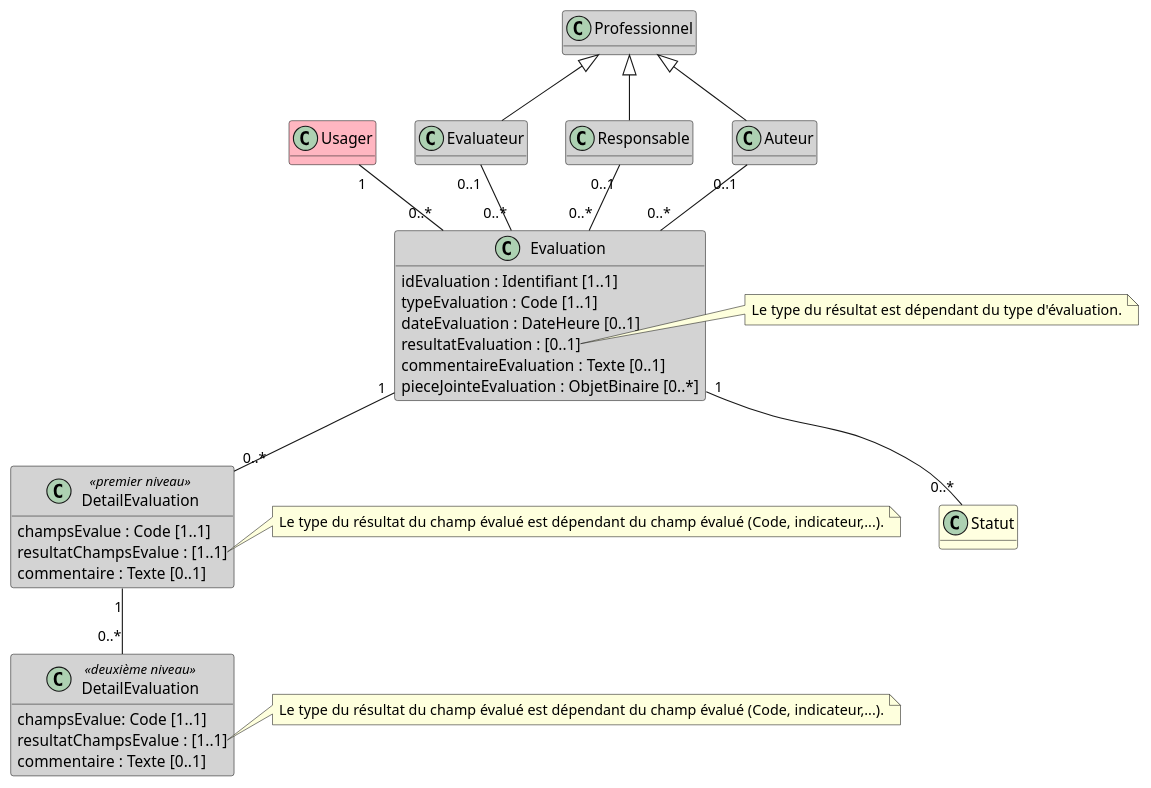
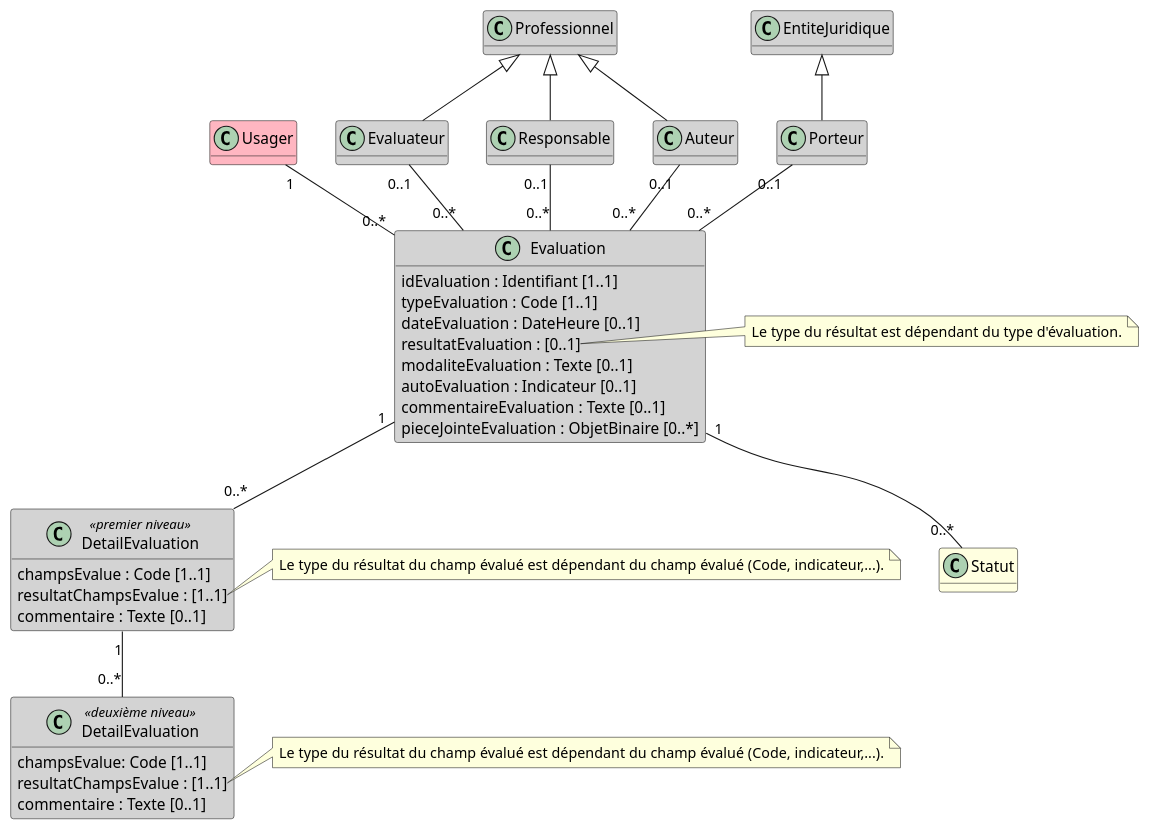
The diagram in input/images-source/bloc_evaluation-grille.plantuml (ansforge/IG-fhir-medicosocial-transfert-donnees-dui), drawn with PlantUML before and after one commit. The commit also changed 1 other file, not shown here.

Commit message:
lot2 serafin evaluation

```diff
--- a/input/images-source/bloc_evaluation-grille.plantuml
+++ b/input/images-source/bloc_evaluation-grille.plantuml
@@ -1,62 +1,73 @@
 @startuml
 
 hide empty methods
 
 class Usager #LightPink
 
 class Evaluateur #LightGray
 
 class Responsable #LightGray
 
 class Auteur #LightGray
 
+class Porteur #LightGray
+
 class Professionnel #LightGray
+
+class EntiteJuridique #LightGray
 
 class Statut #LightYellow
 
 class Evaluation #LightGray {
     idEvaluation : Identifiant [1..1]
     typeEvaluation : Code [1..1]
     dateEvaluation : DateHeure [0..1]
     resultatEvaluation : [0..1]
+    modaliteEvaluation : Texte [0..1]
+    autoEvaluation : Indicateur [0..1]
     commentaireEvaluation : Texte [0..1]
     pieceJointeEvaluation : ObjetBinaire [0..*]
 }
 
 note right of Evaluation::resultat
   Le type du résultat est dépendant du type d'évaluation.
 end note
 
 class "DetailEvaluation" as DetailEvaluationN1 <<premier niveau>> #LightGray {
     champsEvalue : Code [1..1]
     resultatChampsEvalue : [1..1]
     commentaire : Texte [0..1]
 }
 
 note right of DetailEvaluationN1::resultatChampsEvalue
   Le type du résultat du champ évalué est dépendant du champ évalué (Code, indicateur,...).
 end note
 
 class "DetailEvaluation" as DetailEvaluationN2 <<deuxième niveau>> #LightGray {
     champsEvalue: Code [1..1]
     resultatChampsEvalue : [1..1]
     commentaire : Texte [0..1]
 }
 
 note right of DetailEvaluationN2::resultatChampsEvalue
   Le type du résultat du champ évalué est dépendant du champ évalué (Code, indicateur,...).
 end note
 
 Professionnel <|-- Evaluateur
 Professionnel <|-- Responsable
 Professionnel <|-- Auteur
 
+EntiteJuridique <|-- Porteur
+
 Evaluateur "0..1" -- "0..*" Evaluation
 Responsable "0..1" -- "0..*" Evaluation
 Auteur "0..1" -- "0..*" Evaluation
 Usager "1" -- "0..*" Evaluation
+
+Porteur "0..1" -- "0..*" Evaluation
+
 Evaluation "1" -- "0..*" DetailEvaluationN1
 DetailEvaluationN1 "1" -- "0..*" DetailEvaluationN2
 Evaluation "1" -- "0..*" Statut
 
 @enduml
```
